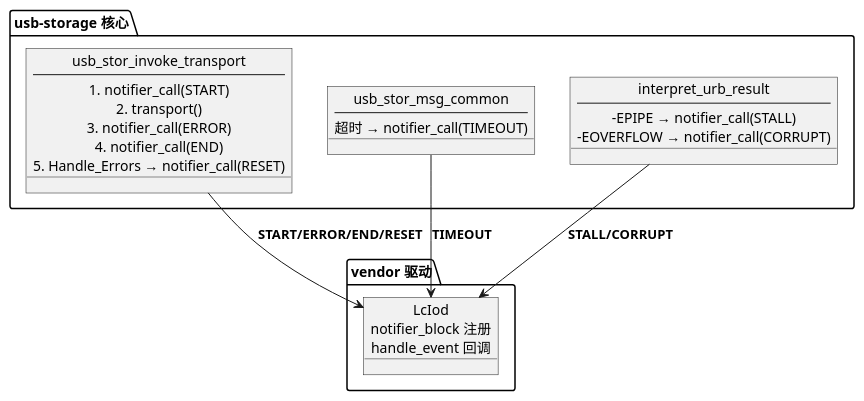
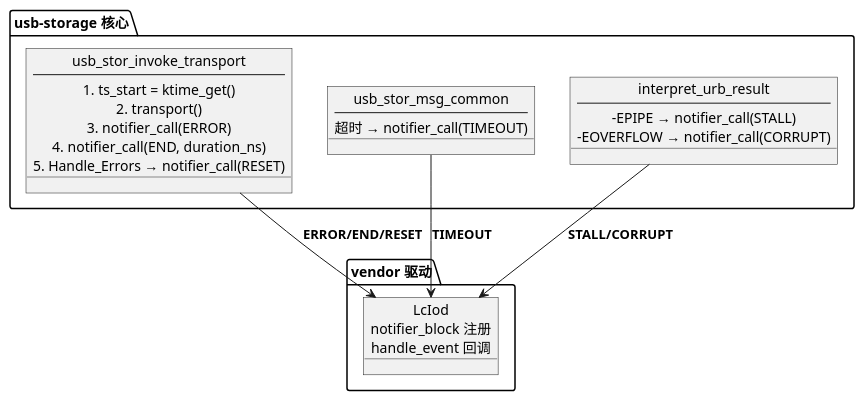
The tenth of 10 diagrams in docs/02-IO增强/02.01-内核态增强-lciod-kernel.md (lechao365/AndroidSystemEnhance), drawn with PlantUML before and after one commit. The commit also changed other lines of this file and 212 other files, not shown here.

First line of the commit message:
构建(baseline): 发布 BL-20261013-01——LcIod SD 健康/长尾直方图与块采集迁入、LcView 事件扩展、usb-verify JSON 期望

````diff
--- a/docs/02-IO增强/02.01-内核态增强-lciod-kernel.md
+++ b/docs/02-IO增强/02.01-内核态增强-lciod-kernel.md
@@ -712,17 +801,17 @@
 ```plantuml
 @startuml
 package "usb-storage 核心" as core {
-    object "usb_stor_invoke_transport\n----\n1. notifier_call(START)\n2. transport()\n3. notifier_call(ERROR)\n4. notifier_call(END)\n5. Handle_Errors → notifier_call(RESET)" as INVOK
+    object "usb_stor_invoke_transport\n----\n1. ts_start = ktime_get()\n2. transport()\n3. notifier_call(ERROR)\n4. notifier_call(END, duration_ns)\n5. Handle_Errors → notifier_call(RESET)" as INVOK
     object "usb_stor_msg_common\n----\n超时 → notifier_call(TIMEOUT)" as MSG
     object "interpret_urb_result\n----\n-EPIPE → notifier_call(STALL)\n-EOVERFLOW → notifier_call(CORRUPT)" as INTERP
 }
 
 package "vendor 驱动" as vendor {
     object "LcIod\nnotifier_block 注册\nhandle_event 回调" as LCIOD
 }
 
-INVOK --> LCIOD : **START/ERROR/END/RESET**
+INVOK --> LCIOD : **ERROR/END/RESET**
 MSG --> LCIOD : **TIMEOUT**
 INTERP --> LCIOD : **STALL/CORRUPT**
 @enduml
 ```
````
